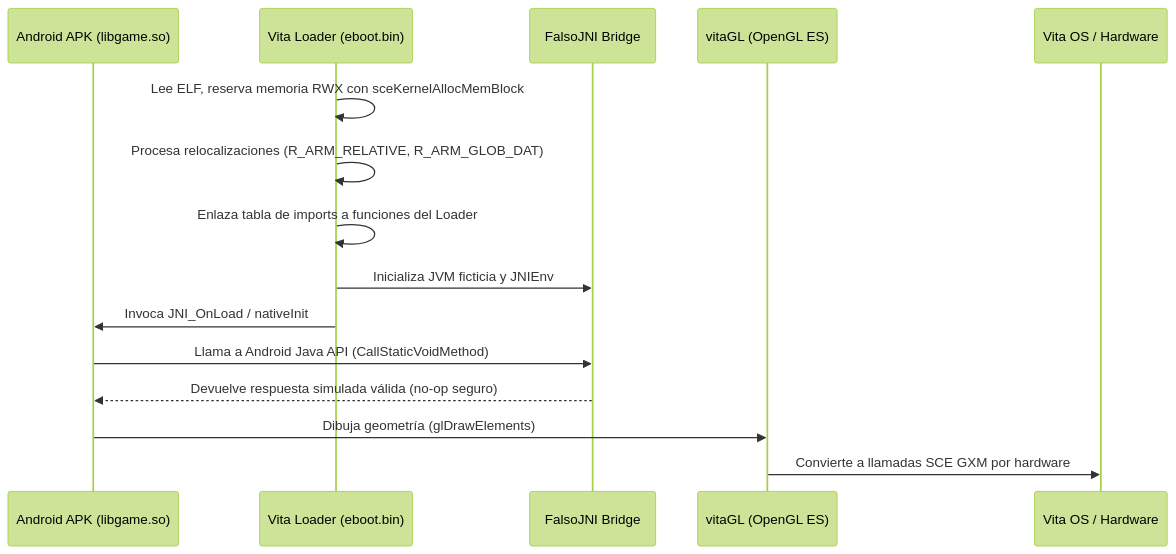
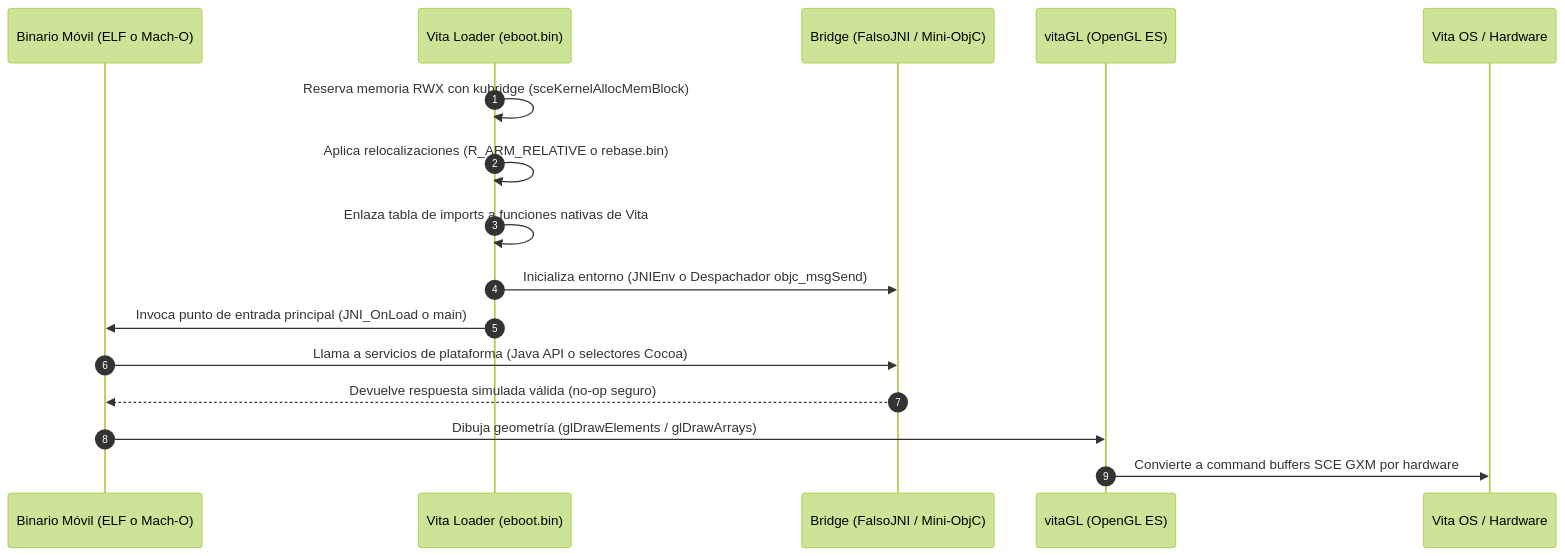
Before and after one commit to MetalSyntax/psvita-porting-wiki: the second of 2 diagrams in docs/es/00-fundamentos-arquitectura.md, drawn with Mermaid (forest theme). The commit also changed other lines of this file and 13 other files, not shown here.

First line of the commit message:
docs: add iOS Mach-O porting, Android vs iOS comparison, and advanced techniques

````diff
--- a/docs/es/00-fundamentos-arquitectura.md
+++ b/docs/es/00-fundamentos-arquitectura.md
@@ -94,18 +95,19 @@
 ```mermaid
 sequenceDiagram
-    participant APK as Android APK (libgame.so)
+    autonumber
+    participant App as Binario Móvil (ELF o Mach-O)
     participant Loader as Vita Loader (eboot.bin)
-    participant FalsoJNI as FalsoJNI Bridge
+    participant Bridge as Bridge (FalsoJNI / Mini-ObjC)
     participant VitaGL as vitaGL (OpenGL ES)
     participant VitaOS as Vita OS / Hardware
 
-    Loader->>Loader: Lee ELF, reserva memoria RWX con sceKernelAllocMemBlock
-    Loader->>Loader: Procesa relocalizaciones (R_ARM_RELATIVE, R_ARM_GLOB_DAT)
-    Loader->>Loader: Enlaza tabla de imports a funciones del Loader
-    Loader->>FalsoJNI: Inicializa JVM ficticia y JNIEnv
-    Loader->>APK: Invoca JNI_OnLoad / nativeInit
-    APK->>FalsoJNI: Llama a Android Java API (CallStaticVoidMethod)
-    FalsoJNI-->>APK: Devuelve respuesta simulada válida (no-op seguro)
-    APK->>VitaGL: Dibuja geometría (glDrawElements)
-    VitaGL->>VitaOS: Convierte a llamadas SCE GXM por hardware
+    Loader->>Loader: Reserva memoria RWX con kubridge (sceKernelAllocMemBlock)
+    Loader->>Loader: Aplica relocalizaciones (R_ARM_RELATIVE o rebase.bin)
+    Loader->>Loader: Enlaza tabla de imports a funciones nativas de Vita
+    Loader->>Bridge: Inicializa entorno (JNIEnv o Despachador objc_msgSend)
+    Loader->>App: Invoca punto de entrada principal (JNI_OnLoad o main)
+    App->>Bridge: Llama a servicios de plataforma (Java API o selectores Cocoa)
+    Bridge-->>App: Devuelve respuesta simulada válida (no-op seguro)
+    App->>VitaGL: Dibuja geometría (glDrawElements / glDrawArrays)
+    VitaGL->>VitaOS: Convierte a command buffers SCE GXM por hardware
 ```
````
